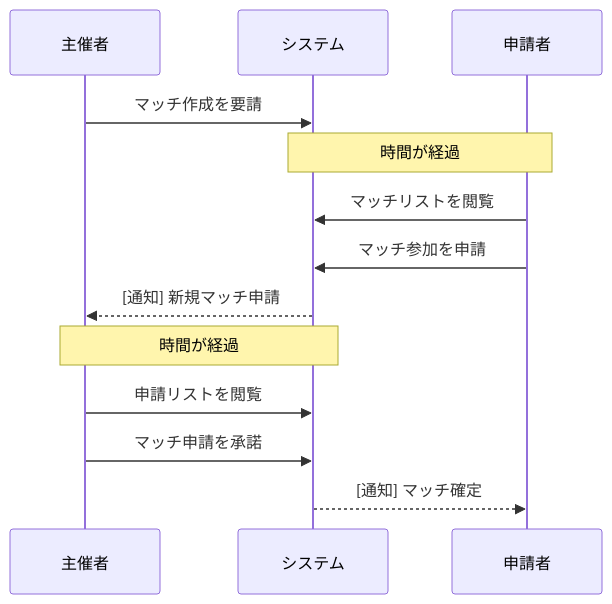
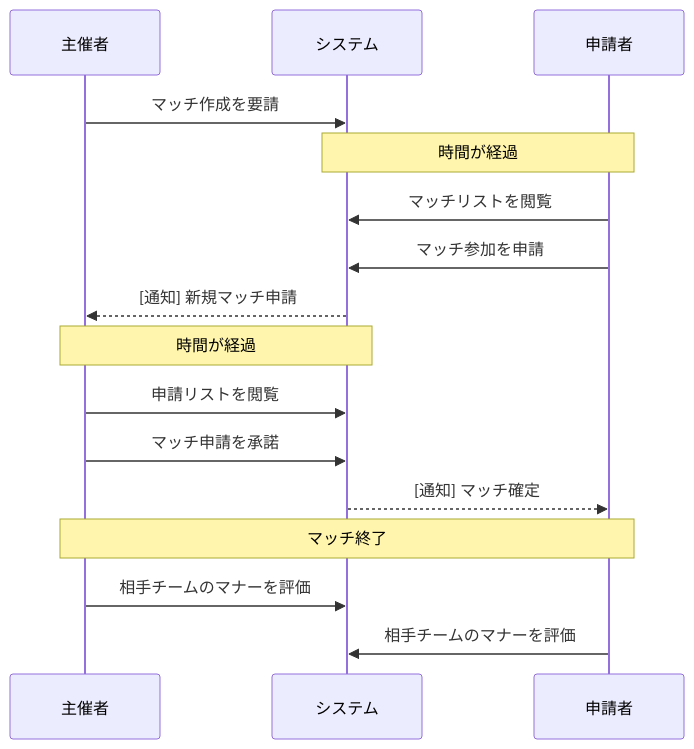
The first of 4 diagrams in README.md (Lieslot/Matching-Match-v2), drawn with Mermaid before and after one commit. The commit also changed other lines of this file and 2 other files, not shown here.

Commit message:
chore: fix userflow

````diff
--- a/README.md
+++ b/README.md
@@ -44,20 +44,25 @@
 ```mermaid
 sequenceDiagram
     participant Host as 主催者
     participant System as システム
     participant Requester as 申請者
 
     Host->>System: マッチ作成を要請
     
     Note over Requester, System: 時間が経過
 
     Requester->>System: マッチリストを閲覧
     Requester->>System: マッチ参加を申請
     System-->>Host: [通知] 新規マッチ申請
 
     Note over Host, System: 時間が経過
 
     Host->>System: 申請リストを閲覧
     Host->>System: マッチ申請を承諾
     System-->>Requester: [通知] マッチ確定
+
+    Note over Host, Requester: マッチ終了
+
+    Host->>System: 相手チームのマナーを評価
+    Requester->>System: 相手チームのマナーを評価
 ```
````
